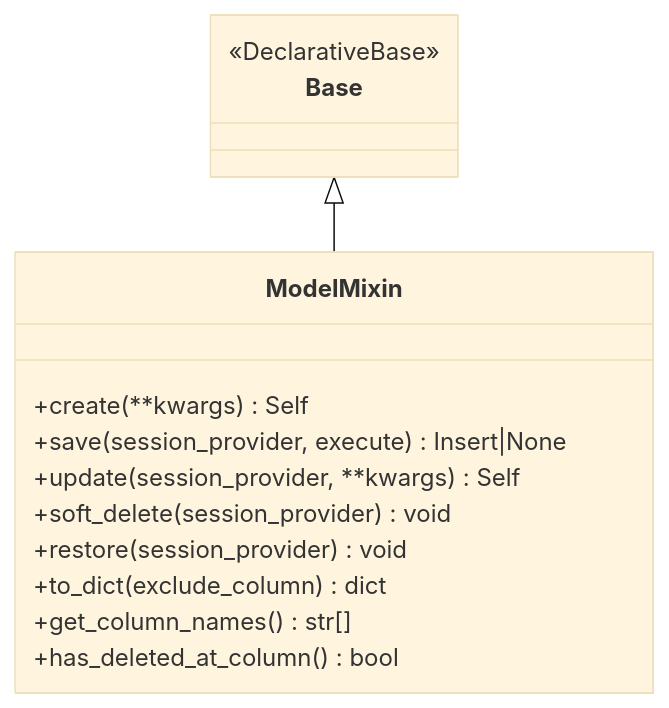
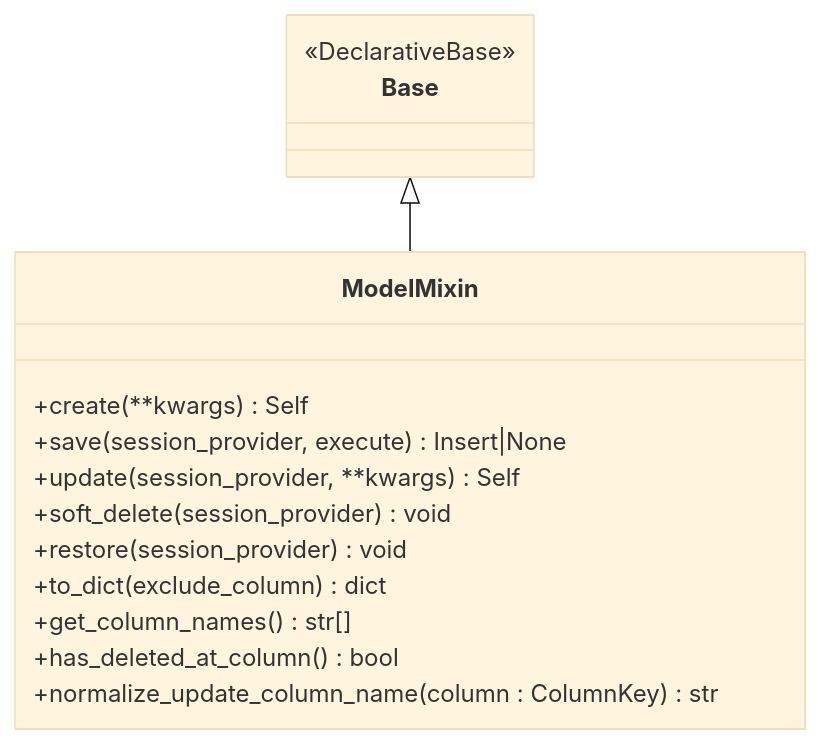
One commit to lilinzezzzzzz/fastapi-backend changed the third of 12 diagrams in .qoder/repowiki/zh/content/基础设施工具/数据库工具.md. Above: the diagram before and after it, drawn with Mermaid (base theme). The commit also changed other lines of this file and 38 other files, not shown here.

````diff
--- a/.qoder/repowiki/zh/content/基础设施工具/数据库工具.md
+++ b/.qoder/repowiki/zh/content/基础设施工具/数据库工具.md
@@ -171,17 +177,18 @@
 ```mermaid
 classDiagram
 class Base {
 <<DeclarativeBase>>
 }
 class ModelMixin {
 +create(**kwargs) Self
 +save(session_provider, execute) Insert|None
 +update(session_provider, **kwargs) Self
 +soft_delete(session_provider) void
 +restore(session_provider) void
 +to_dict(exclude_column) dict
 +get_column_names() str[]
 +has_deleted_at_column() bool
++normalize_update_column_name(column : ColumnKey) str
 }
 Base <|-- ModelMixin
 ```
````
